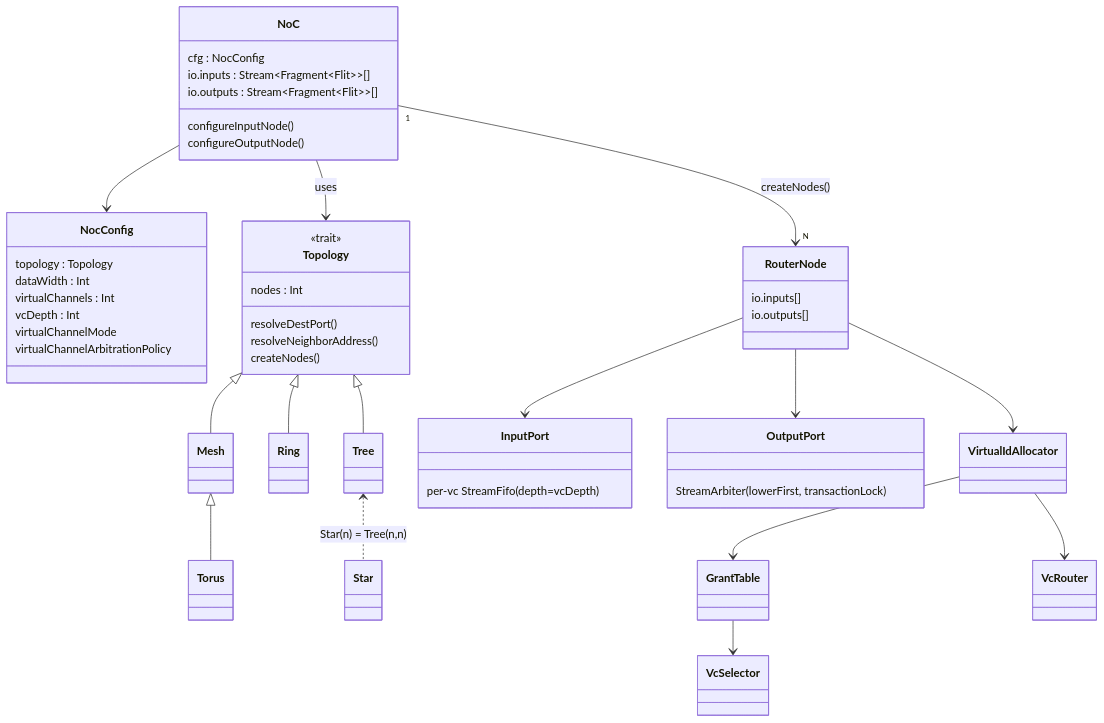
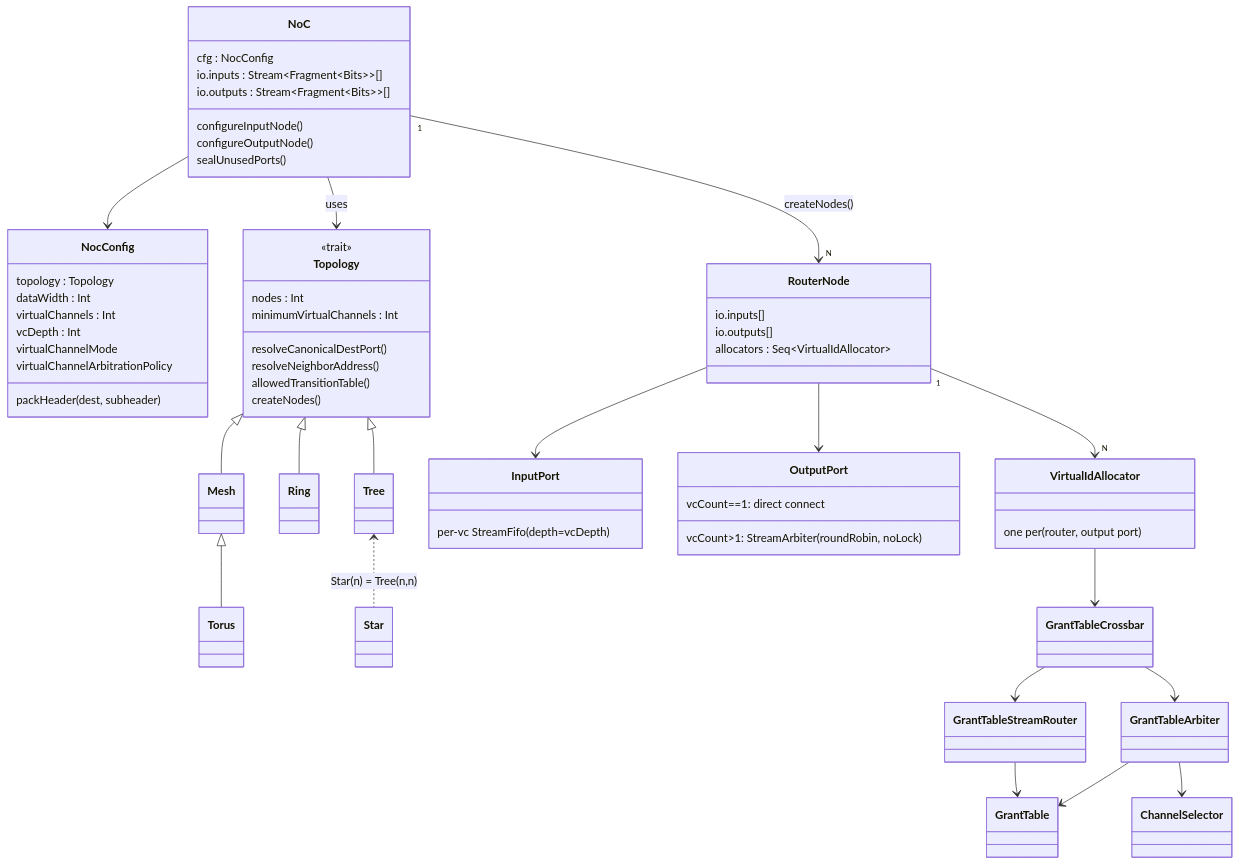
Before and after one commit to jdavidberger/SpinalHDLExtras: diagram 15 of 16 in hw/spinal/spinalextras/lib/noc/README.md, drawn with Mermaid. The commit also changed other lines of this file, not shown here.

First line of the commit message:
Rewrite lib/noc README to match current architecture

````diff
--- a/hw/spinal/spinalextras/lib/noc/README.md
+++ b/hw/spinal/spinalextras/lib/noc/README.md
@@ -379,55 +637,68 @@
 ```mermaid
 classDiagram
   class NoC {
     cfg : NocConfig
-    io.inputs : Stream~Fragment~Flit~~[]
-    io.outputs : Stream~Fragment~Flit~~[]
+    io.inputs : Stream~Fragment~Bits~~[]
+    io.outputs : Stream~Fragment~Bits~~[]
     configureInputNode()
     configureOutputNode()
+    sealUnusedPorts()
   }
   class NocConfig {
     topology : Topology
     dataWidth : Int
     virtualChannels : Int
     vcDepth : Int
     virtualChannelMode
     virtualChannelArbitrationPolicy
+    packHeader(dest, subheader)
   }
   class Topology {
     <<trait>>
     nodes : Int
-    resolveDestPort()
+    minimumVirtualChannels : Int
+    resolveCanonicalDestPort()
     resolveNeighborAddress()
+    allowedTransitionTable()
     createNodes()
   }
   Topology <|-- Mesh
   Mesh <|-- Torus
   Topology <|-- Ring
   Topology <|-- Tree
   Tree <.. Star : Star(n) = Tree(n,n)
 
   class RouterNode {
     io.inputs[]
     io.outputs[]
+    allocators : Seq~VirtualIdAllocator~
   }
   class InputPort {
     per-vc StreamFifo(depth=vcDepth)
   }
   class OutputPort {
-    StreamArbiter(lowerFirst, transactionLock)
+    vcCount==1: direct connect
+    vcCount>1: StreamArbiter(roundRobin, noLock)
   }
-  class VirtualIdAllocator
+  class VirtualIdAllocator {
+    one per (router, output port)
+  }
+  class GrantTableCrossbar
+  class GrantTableArbiter
+  class GrantTableStreamRouter
   class GrantTable
-  class VcSelector
-  class VcRouter
+  class ChannelSelector
 
   NoC --> NocConfig
   NoC --> Topology : uses
   NoC "1" --> "N" RouterNode : createNodes()
   RouterNode --> InputPort
   RouterNode --> OutputPort
-  RouterNode --> VirtualIdAllocator
-  VirtualIdAllocator --> GrantTable
-  VirtualIdAllocator --> VcRouter
-  GrantTable --> VcSelector
+  RouterNode "1" --> "N" VirtualIdAllocator
+  VirtualIdAllocator --> GrantTableCrossbar
+  GrantTableCrossbar --> GrantTableArbiter
+  GrantTableCrossbar --> GrantTableStreamRouter
+  GrantTableArbiter --> GrantTable
+  GrantTableArbiter --> ChannelSelector
+  GrantTableStreamRouter --> GrantTable
 ```
````
